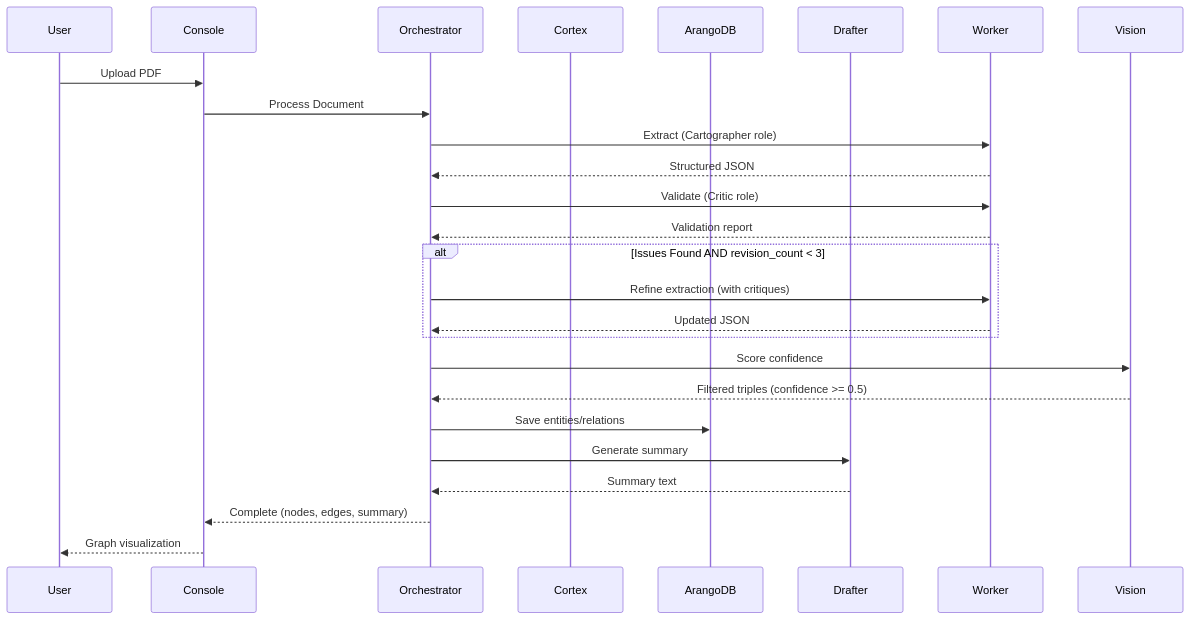
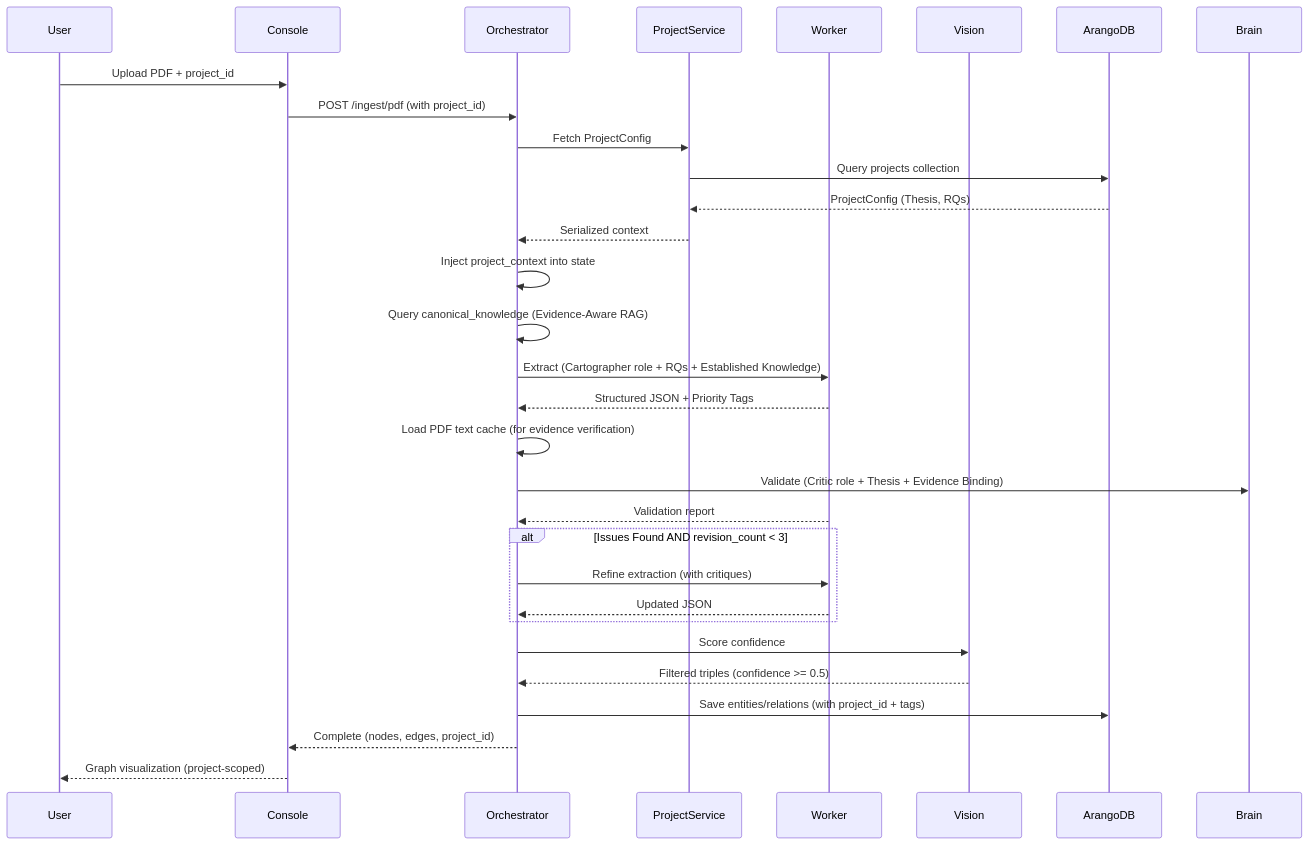
One commit to rakpan/project-vyasa changed the second of 2 diagrams in docs/architecture/agent-workflow.md. Above: the diagram before and after it, drawn with Mermaid. The commit also changed other lines of this file and 98 other files, not shown here.

````diff
--- a/docs/architecture/agent-workflow.md
+++ b/docs/architecture/agent-workflow.md
@@ -274,27 +194,33 @@
 ```mermaid
 sequenceDiagram
     participant User
     participant Console
     participant Orchestrator
-    participant Cortex
+    participant ProjectService
+    participant Worker
+    participant Vision
     participant ArangoDB
-    participant Drafter
 
-    User->>Console: Upload PDF
-    Console->>Orchestrator: Process Document
-    Orchestrator->>Worker: Extract (Cartographer role)
-    Worker-->>Orchestrator: Structured JSON
-    Orchestrator->>Worker: Validate (Critic role)
+    User->>Console: Upload PDF + project_id
+    Console->>Orchestrator: POST /ingest/pdf (with project_id)
+    Orchestrator->>ProjectService: Fetch ProjectConfig
+    ProjectService->>ArangoDB: Query projects collection
+    ArangoDB-->>ProjectService: ProjectConfig (Thesis, RQs)
+    ProjectService-->>Orchestrator: Serialized context
+    Orchestrator->>Orchestrator: Inject project_context into state
+    Orchestrator->>Orchestrator: Query canonical_knowledge (Evidence-Aware RAG)
+    Orchestrator->>Worker: Extract (Cartographer role + RQs + Established Knowledge)
+    Worker-->>Orchestrator: Structured JSON + Priority Tags
+    Orchestrator->>Orchestrator: Load PDF text cache (for evidence verification)
+    Orchestrator->>Brain: Validate (Critic role + Thesis + Evidence Binding)
     Worker-->>Orchestrator: Validation report
     alt Issues Found AND revision_count < 3
         Orchestrator->>Worker: Refine extraction (with critiques)
         Worker-->>Orchestrator: Updated JSON
     end
     Orchestrator->>Vision: Score confidence
     Vision-->>Orchestrator: Filtered triples (confidence >= 0.5)
-    Orchestrator->>ArangoDB: Save entities/relations
-    Orchestrator->>Drafter: Generate summary
-    Drafter-->>Orchestrator: Summary text
-    Orchestrator-->>Console: Complete (nodes, edges, summary)
-    Console-->>User: Graph visualization
+    Orchestrator->>ArangoDB: Save entities/relations (with project_id + tags)
+    Orchestrator-->>Console: Complete (nodes, edges, project_id)
+    Console-->>User: Graph visualization (project-scoped)
 ```
````
